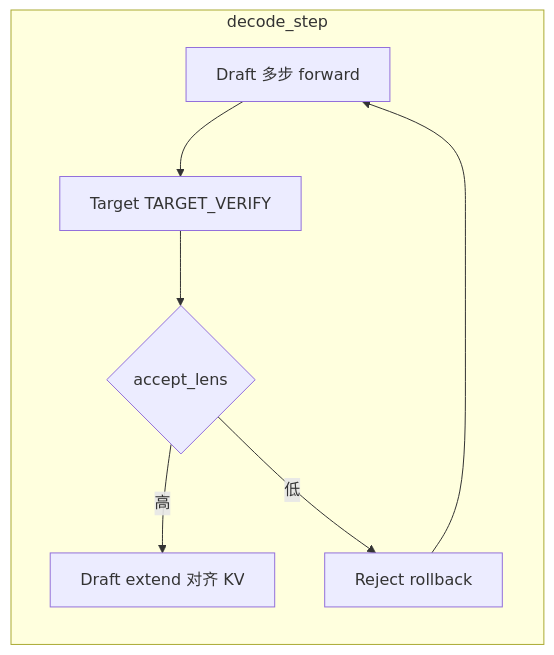
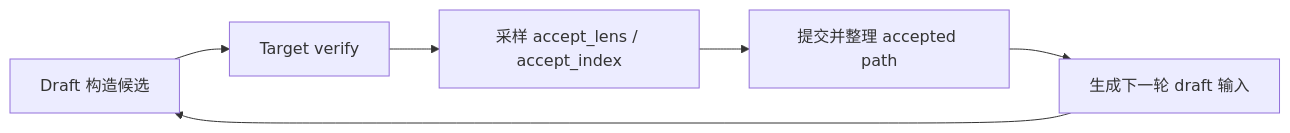
The second of 4 diagrams in sglang_reading/导读与总览/SGLang-用户场景.md (OnlyHero5/sglang-reading-vault), drawn with Mermaid before and after one commit. The commit also changed other lines of this file and 512 other files, not shown here.

````diff
--- a/sglang_reading/导读与总览/SGLang-用户场景.md
+++ b/sglang_reading/导读与总览/SGLang-用户场景.md
@@ -186,10 +145,8 @@
 ```mermaid
 flowchart LR
- subgraph decode_step
- D[Draft 多步 forward] --> V[Target TARGET_VERIFY]
- V --> A{accept_lens}
- A -->|高| EXT[Draft extend 对齐 KV]
- A -->|低| REJ[Reject rollback]
- REJ --> D
- end
+    D[Draft 构造候选] --> V[Target verify]
+    V --> S[采样 accept_lens / accept_index]
+    S --> C[提交并整理 accepted path]
+    C --> N[生成下一轮 draft 输入]
+    N --> D
 ```
````
